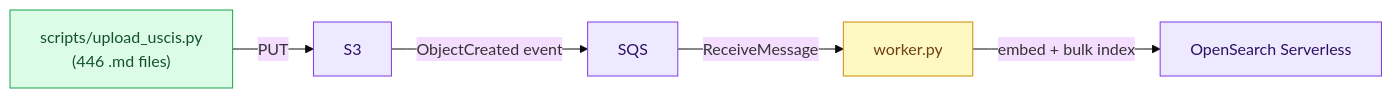
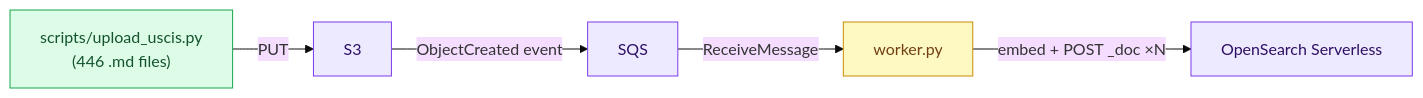
One commit to segalmax/immigration-rag changed the second of 2 diagrams in docs/DEPLOYMENT_DIAGRAM.md. Above: the diagram before and after it, drawn with Mermaid. The commit also changed other lines of this file and 4 other files, not shown here.

Commit message:
docs: sync maps and handouts with code (EC2, caches, ingest HTTP, schema fields)

````diff
--- a/docs/DEPLOYMENT_DIAGRAM.md
+++ b/docs/DEPLOYMENT_DIAGRAM.md
@@ -58,18 +58,18 @@
 ```mermaid
 %%{ init: { 'theme': 'base' } }%%
 flowchart LR
     classDef storage fill:#ede9fe,stroke:#7c3aed,color:#2e1065
     classDef service fill:#dcfce7,stroke:#16a34a,color:#14532d
     classDef worker  fill:#fef9c3,stroke:#ca8a04,color:#713f12
 
     script["scripts/upload_uscis.py\n(446 .md files)"]:::service
     S3["S3"]:::storage
     SQS["SQS"]:::storage
     worker["worker.py"]:::worker
     OS["OpenSearch Serverless"]:::storage
 
     script -->|"PUT"| S3
     S3 -->|"ObjectCreated event"| SQS
     SQS -->|"ReceiveMessage"| worker
-    worker -->|"embed + bulk index"| OS
+    worker -->|"embed + POST _doc ×N"| OS
 ```
````
